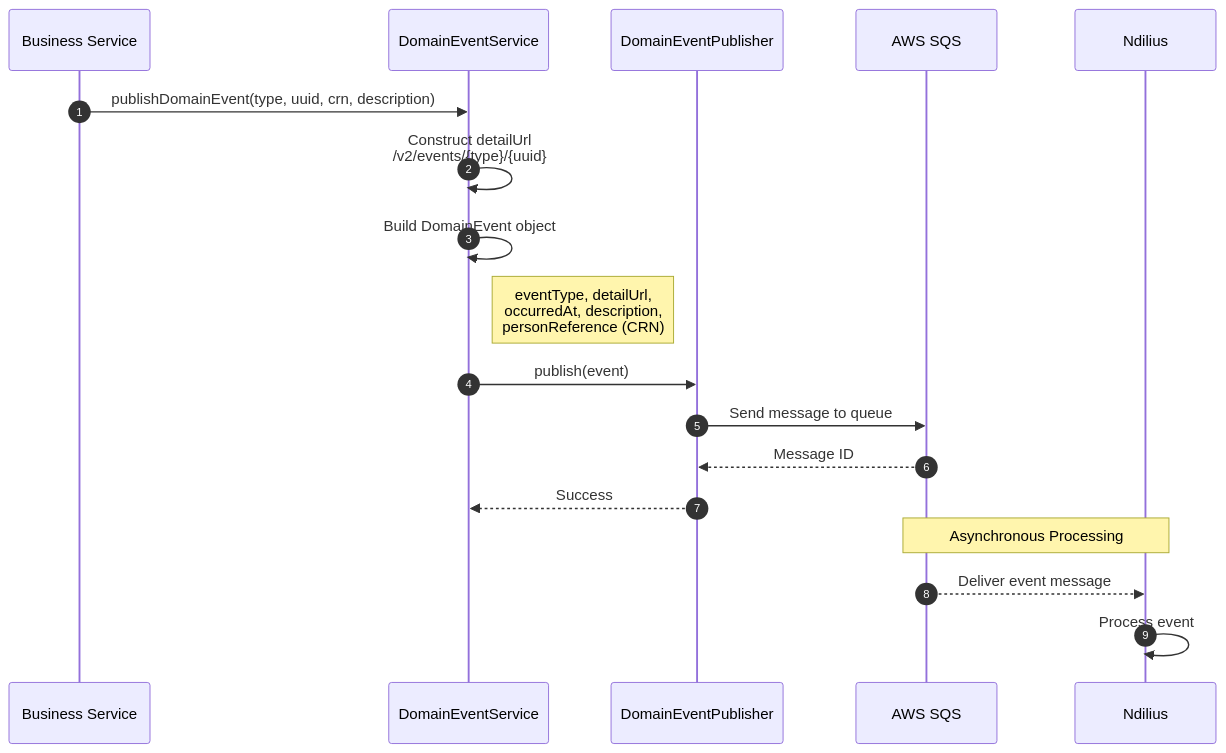
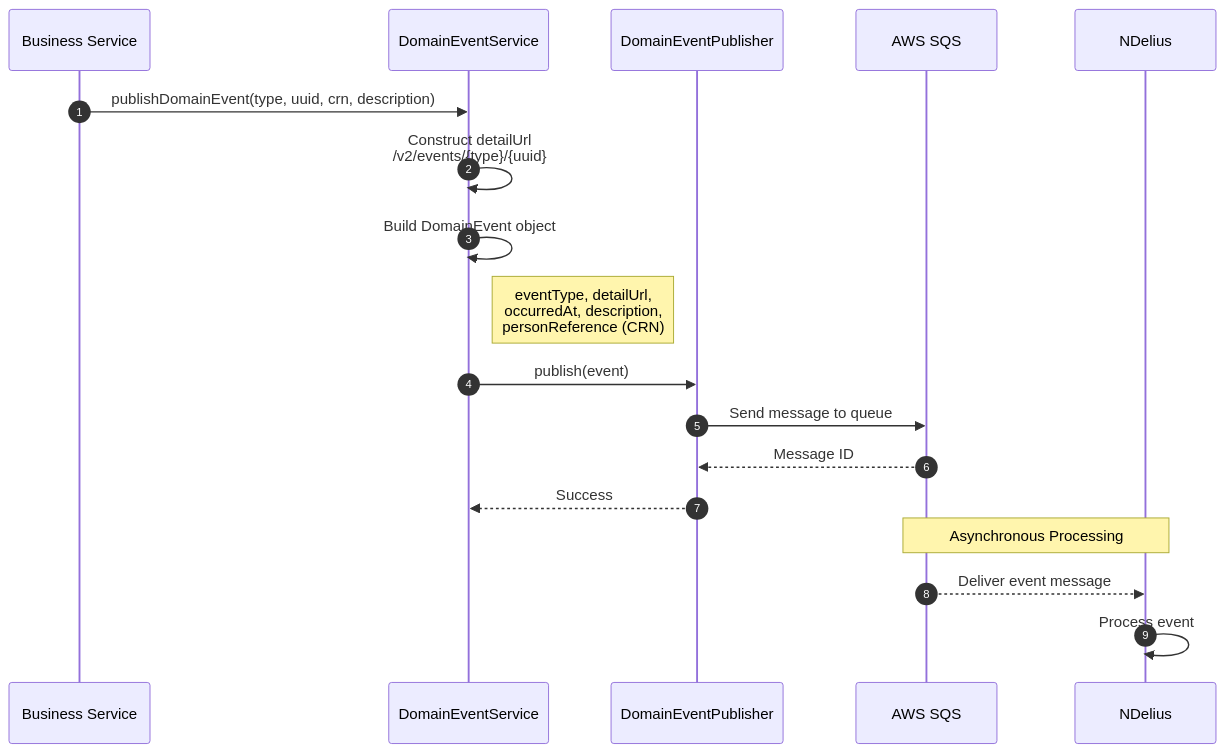
One commit to ministryofjustice/hmpps-esupervision-api changed the first of 3 diagrams in docs/v2/DOMAIN_EVENTS.md. Above: the diagram before and after it, drawn with Mermaid. The commit also changed other lines of this file and 8 other files, not shown here.

Commit message:
Update ndilius to NDelius in docs

````diff
--- a/docs/v2/DOMAIN_EVENTS.md
+++ b/docs/v2/DOMAIN_EVENTS.md
@@ -22,25 +22,25 @@
 ```mermaid
 sequenceDiagram
     autonumber
     participant Service as Business Service
     participant DES as DomainEventService
     participant Pub as DomainEventPublisher
     participant SQS as AWS SQS
-    participant Ndilius as Ndilius
+    participant NDelius as NDelius
 
     Service->>DES: publishDomainEvent(type, uuid, crn, description)
 
     DES->>DES: Construct detailUrl<br/>/v2/events/{type}/{uuid}
 
     DES->>DES: Build DomainEvent object
     Note right of DES: eventType, detailUrl,<br/>occurredAt, description,<br/>personReference (CRN)
 
     DES->>Pub: publish(event)
     Pub->>SQS: Send message to queue
     SQS-->>Pub: Message ID
     Pub-->>DES: Success
 
-    Note over SQS,Ndilius: Asynchronous Processing
-    SQS-->>Ndilius: Deliver event message
-    Ndilius->>Ndilius: Process event
+    Note over SQS,NDelius: Asynchronous Processing
+    SQS-->>NDelius: Deliver event message
+    NDelius->>NDelius: Process event
 ```
````
